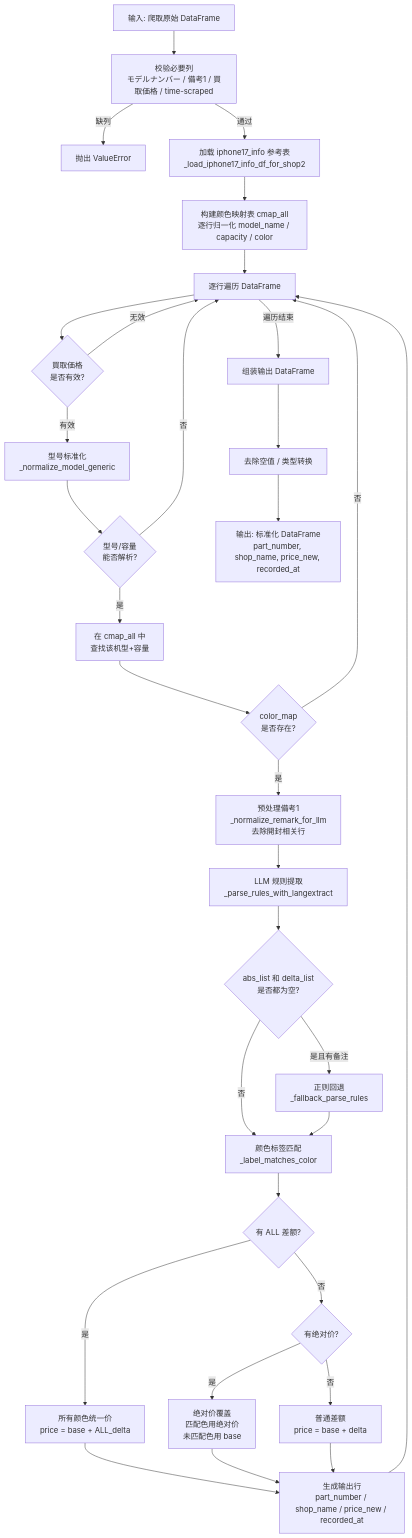
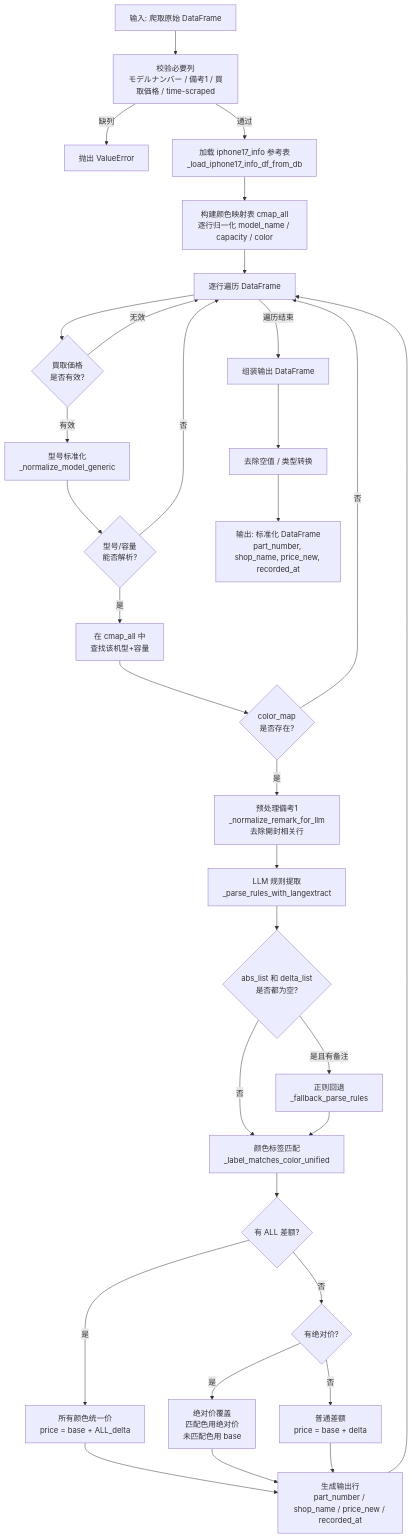
The first of 11 diagrams in doc_shop/shop12_cleaner.md (zhujiansamuel/YamagotiProjects), drawn with Mermaid before and after one commit. The commit also changed other lines of this file and 44 other files, not shown here.

````diff
--- a/doc_shop/shop12_cleaner.md
+++ b/doc_shop/shop12_cleaner.md
@@ -12,41 +12,41 @@
 ```mermaid
 flowchart TD
     A[输入: 爬取原始 DataFrame] --> B[校验必要列\nモデルナンバー / 備考1 / 買取価格 / time-scraped]
     B -->|缺列| B1[抛出 ValueError]
-    B -->|通过| C[加载 iphone17_info 参考表\n_load_iphone17_info_df_for_shop2]
+    B -->|通过| C[加载 iphone17_info 参考表\n_load_iphone17_info_df_from_db]
     C --> D[构建颜色映射表 cmap_all\n逐行归一化 model_name / capacity / color]
     D --> E[逐行遍历 DataFrame]
 
     E --> F{買取価格\n是否有效?}
     F -->|无效| E
     F -->|有效| G[型号标准化\n_normalize_model_generic]
 
     G --> H{型号/容量\n能否解析?}
     H -->|否| E
     H -->|是| I[在 cmap_all 中\n查找该机型+容量]
 
     I --> J{color_map\n是否存在?}
     J -->|否| E
     J -->|是| K[预处理備考1\n_normalize_remark_for_llm\n去除開封相关行]
 
     K --> L[LLM 规则提取\n_parse_rules_with_langextract]
     L --> M{abs_list 和 delta_list\n是否都为空?}
     M -->|是且有备注| N[正则回退\n_fallback_parse_rules]
-    M -->|否| O[颜色标签匹配\n_label_matches_color]
+    M -->|否| O[颜色标签匹配\n_label_matches_color_unified]
     N --> O
 
     O --> P{有 ALL 差额?}
     P -->|是| Q[所有颜色统一价\nprice = base + ALL_delta]
     P -->|否| R{有绝对价?}
     R -->|是| S[绝对价覆盖\n匹配色用绝对价\n未匹配色用 base]
     R -->|否| T[普通差额\nprice = base + delta]
 
     Q --> U[生成输出行\npart_number / shop_name / price_new / recorded_at]
     S --> U
     T --> U
     U --> E
 
     E -->|遍历结束| V[组装输出 DataFrame]
     V --> W[去除空值 / 类型转换]
     W --> X[输出: 标准化 DataFrame\npart_number, shop_name, price_new, recorded_at]
 ```
````
